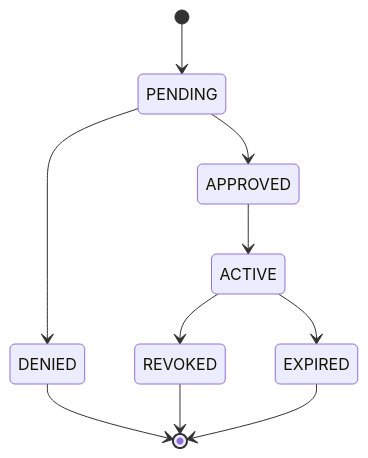
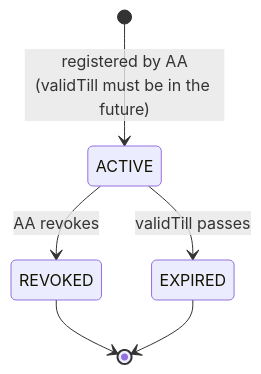
The eighth of 13 diagrams in README.md (sakshi048/consent-chain), drawn with Mermaid before and after one commit. The commit also changed other lines of this file, not shown here.

````diff
--- a/README.md
+++ b/README.md
@@ -255,12 +360,8 @@
 ```mermaid
 stateDiagram-v2
-    [*] --> PENDING
-    PENDING --> APPROVED
-    PENDING --> DENIED
-    APPROVED --> ACTIVE
-    ACTIVE --> REVOKED
-    ACTIVE --> EXPIRED
-    DENIED --> [*]
+    [*] --> ACTIVE : registered by AA<br/>(validTill must be in the future)
+    ACTIVE --> REVOKED : AA revokes
+    ACTIVE --> EXPIRED : validTill passes
     REVOKED --> [*]
     EXPIRED --> [*]
 ```
````
